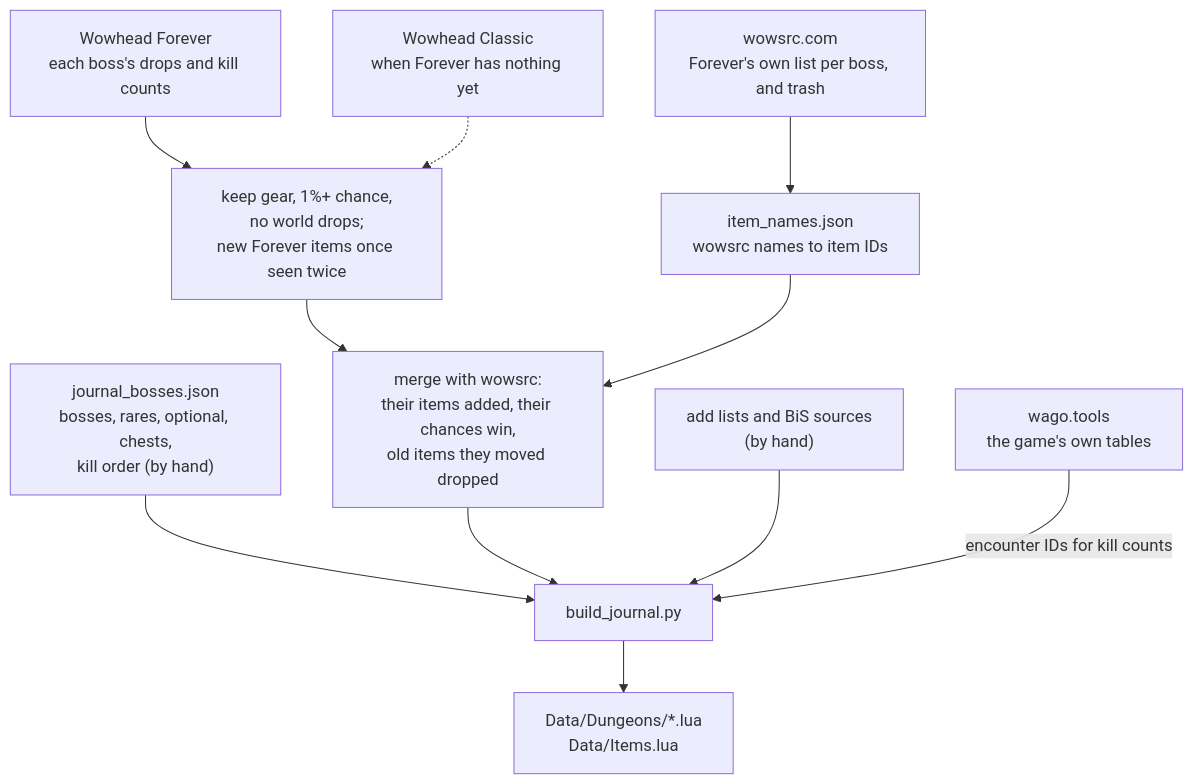
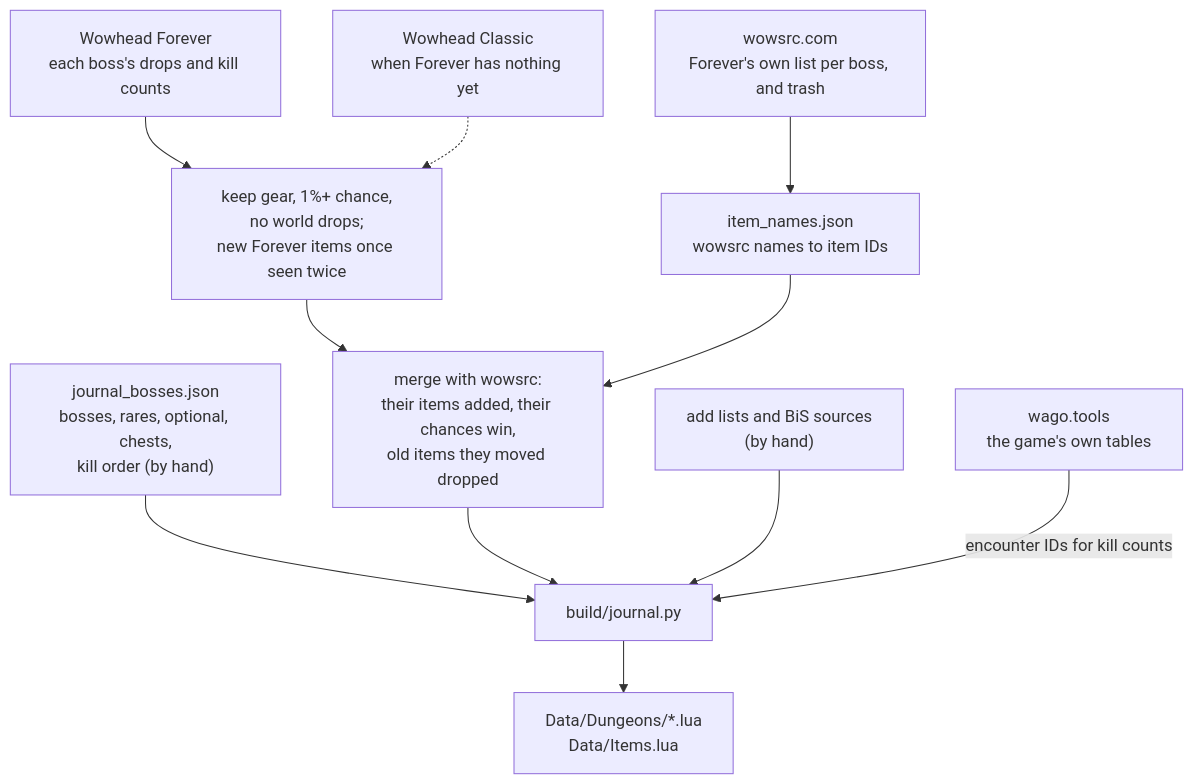
Before and after one commit to naowh-gaming/NaowhForever: the diagram in NaowhForever_DungeonJournal/README.md, drawn with Mermaid. The commit also changed other lines of this file and 763 other files, not shown here.

````diff
--- a/NaowhForever_DungeonJournal/README.md
+++ b/NaowhForever_DungeonJournal/README.md
@@ -148,20 +148,20 @@
 ```mermaid
 flowchart TD
     bosses["journal_bosses.json<br/>bosses, rares, optional, chests,<br/>kill order (by hand)"]
     wowhead["Wowhead Forever<br/>each boss's drops and kill counts"]
     classic["Wowhead Classic<br/>when Forever has nothing yet"]
     wowsrc["wowsrc.com<br/>Forever's own list per boss, and trash"]
     names["item_names.json<br/>wowsrc names to item IDs"]
     hand["add lists and BiS sources<br/>(by hand)"]
     wago["wago.tools<br/>the game's own tables"]
 
     bosses --> build
     wowhead --> rules
     classic -.-> rules
     rules["keep gear, 1%+ chance,<br/>no world drops;<br/>new Forever items once seen twice"] --> merge
     wowsrc --> names --> merge
     merge["merge with wowsrc:<br/>their items added, their chances win,<br/>old items they moved dropped"] --> build
     hand --> build
     wago -->|"encounter IDs for kill counts"| build
-    build["build_journal.py"] --> out["Data/Dungeons/*.lua<br/>Data/Items.lua"]
+    build["build/journal.py"] --> out["Data/Dungeons/*.lua<br/>Data/Items.lua"]
 ```
````
